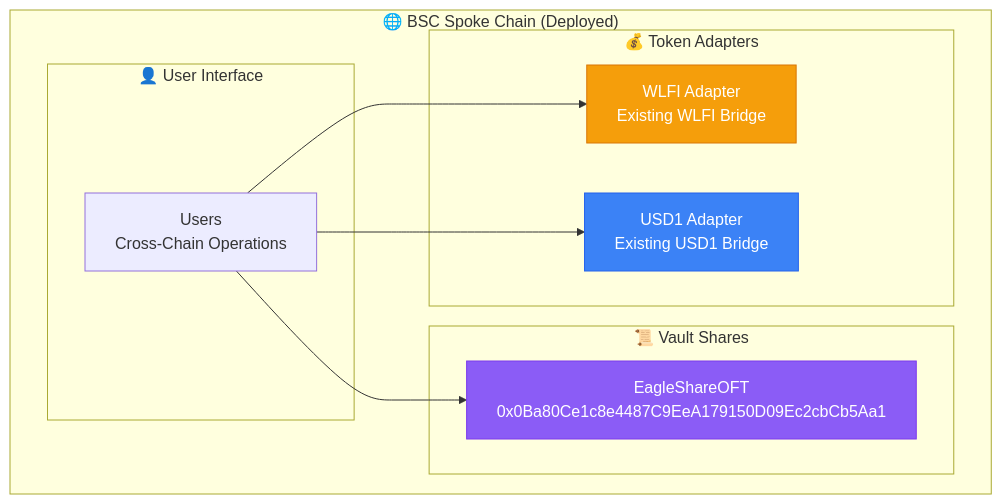
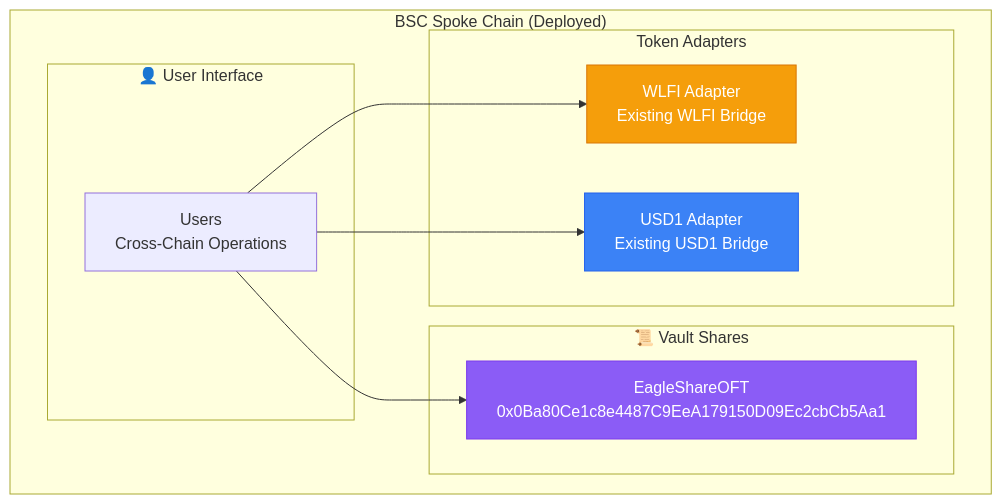
Before and after one commit to 47-Eagle/docs: the second of 5 diagrams in docs/dev/architecture.md, drawn with Mermaid. The commit also changed other lines of this file and 2 other files, not shown here.

````diff
--- a/docs/dev/architecture.md
+++ b/docs/dev/architecture.md
@@ -162,25 +162,25 @@
 ```mermaid
 graph TB
-    subgraph "🌐 BSC Spoke Chain (Deployed)"
-        subgraph "💰 Token Adapters"
+    subgraph "BSC Spoke Chain (Deployed)"
+        subgraph "Token Adapters"
             WA[WLFI Adapter<br/>Existing WLFI Bridge]
             UA[USD1 Adapter<br/>Existing USD1 Bridge]
         end
         
         subgraph "📜 Vault Shares"
             SO[EagleShareOFT<br/>0x0Ba80Ce1c8e4487C9EeA179150D09Ec2cbCb5Aa1]
         end
         
         subgraph "👤 User Interface"
             USER[Users<br/>Cross-Chain Operations]
         end
         
         USER --> WA
         USER --> UA
         USER --> SO
     end
     
     style WA fill:#f59e0b,stroke:#d97706,color:#fff
     style UA fill:#3b82f6,stroke:#2563eb,color:#fff
     style SO fill:#8b5cf6,stroke:#7c3aed,color:#fff
 ```
````
